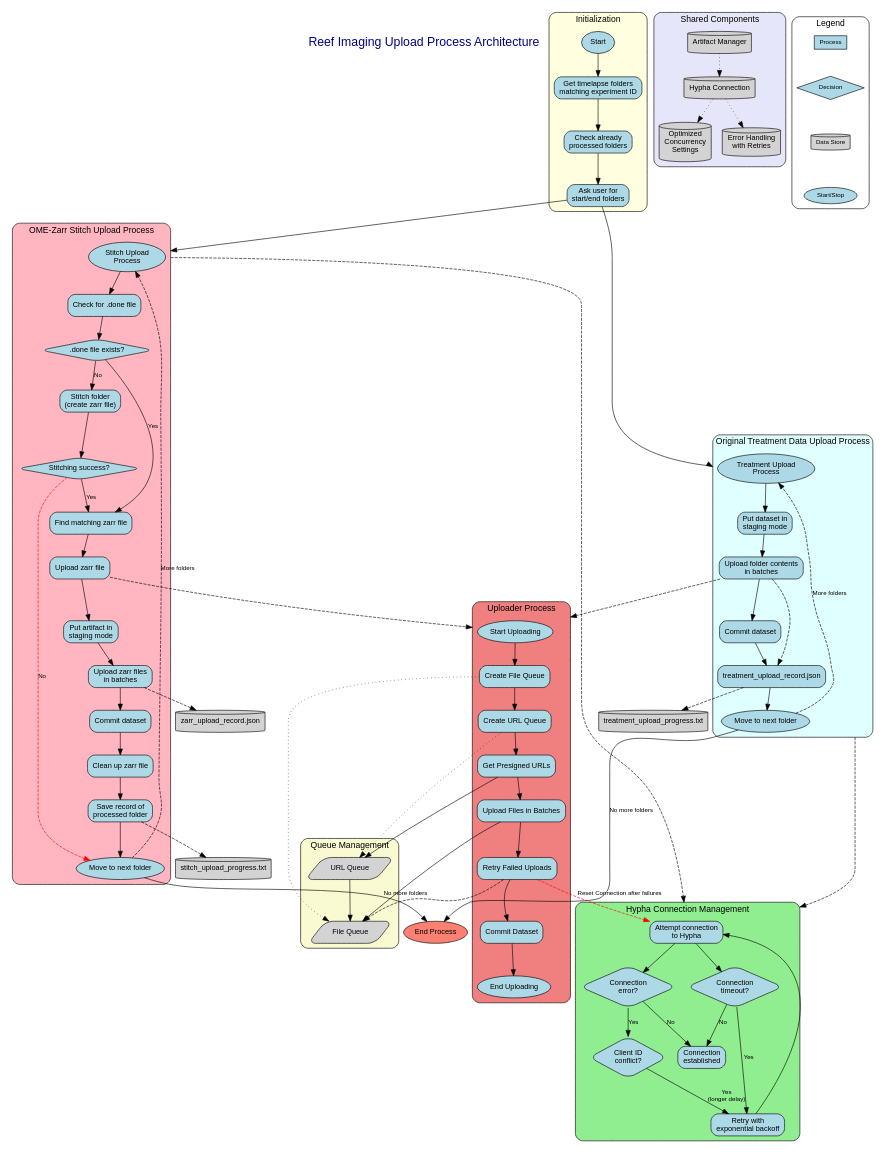
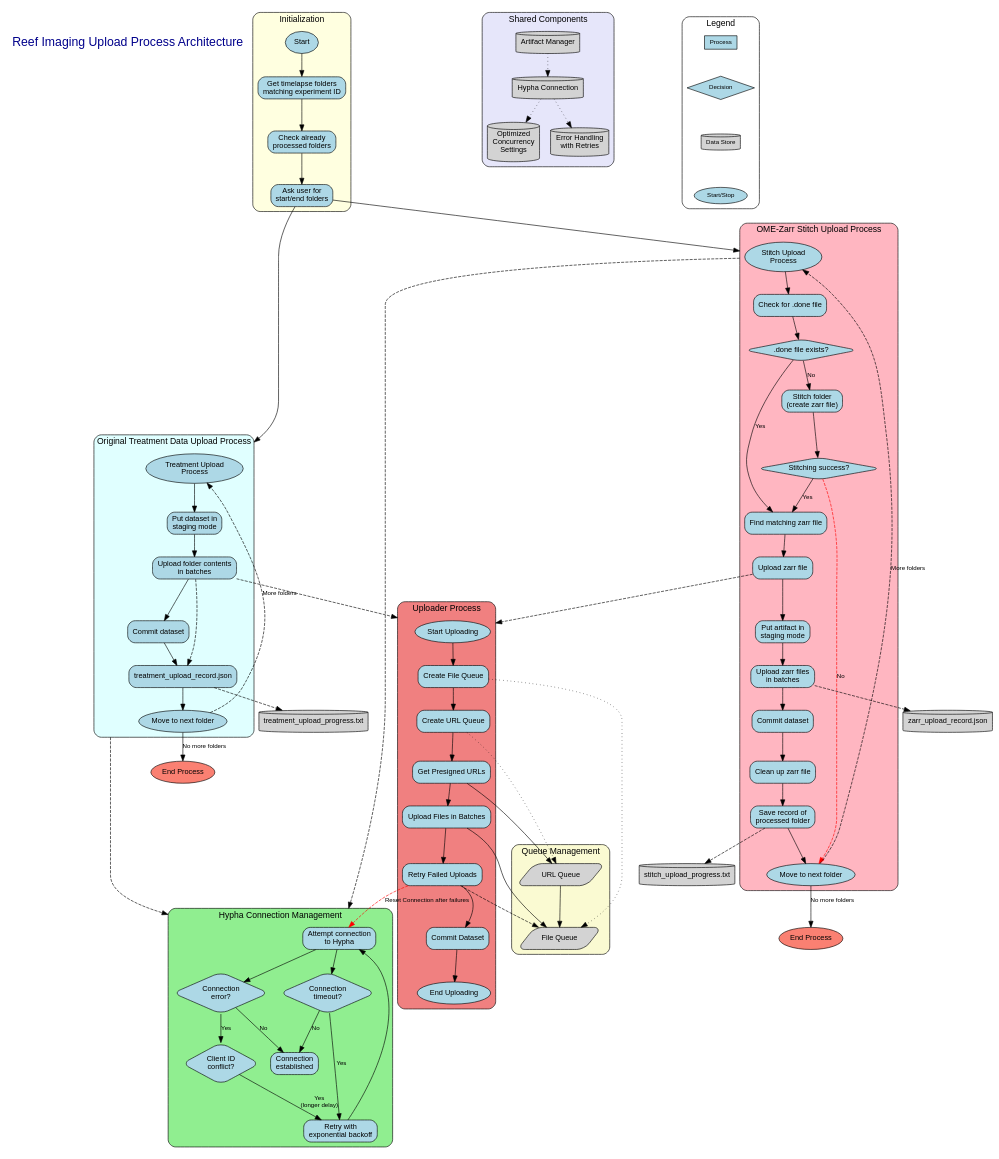
Before and after one commit to cccoolll/reef-imaging: the diagram in reef_imaging/hypha_tools/artifact_manager/upload_process.dot, drawn with Graphviz. The commit also changed 1 other file, not shown here.

```diff
--- a/reef_imaging/hypha_tools/artifact_manager/upload_process.dot
+++ b/reef_imaging/hypha_tools/artifact_manager/upload_process.dot
@@ -125,10 +125,13 @@
     treatment_next -> treatment_start [label="More folders", constraint=false, style=dashed];
     stitch_next -> stitch_start [label="More folders", constraint=false, style=dashed];
     
-    // Exit point
-    exit [label="End Process", shape=oval, fillcolor=salmon];
-    treatment_next -> exit [label="No more folders"];
-    stitch_next -> exit [label="No more folders"];
+    // Exit points for each process
+    exit_stitch [label="End Process", shape=oval, fillcolor=salmon];
+    exit_treatment [label="End Process", shape=oval, fillcolor=salmon];
+    
+    // Connect exit points to respective processes
+    stitch_next -> exit_stitch [label="No more folders"];
+    treatment_next -> exit_treatment [label="No more folders"];
     
     // Files and data stores
     node [shape=cylinder, fillcolor=lightgrey];
```
